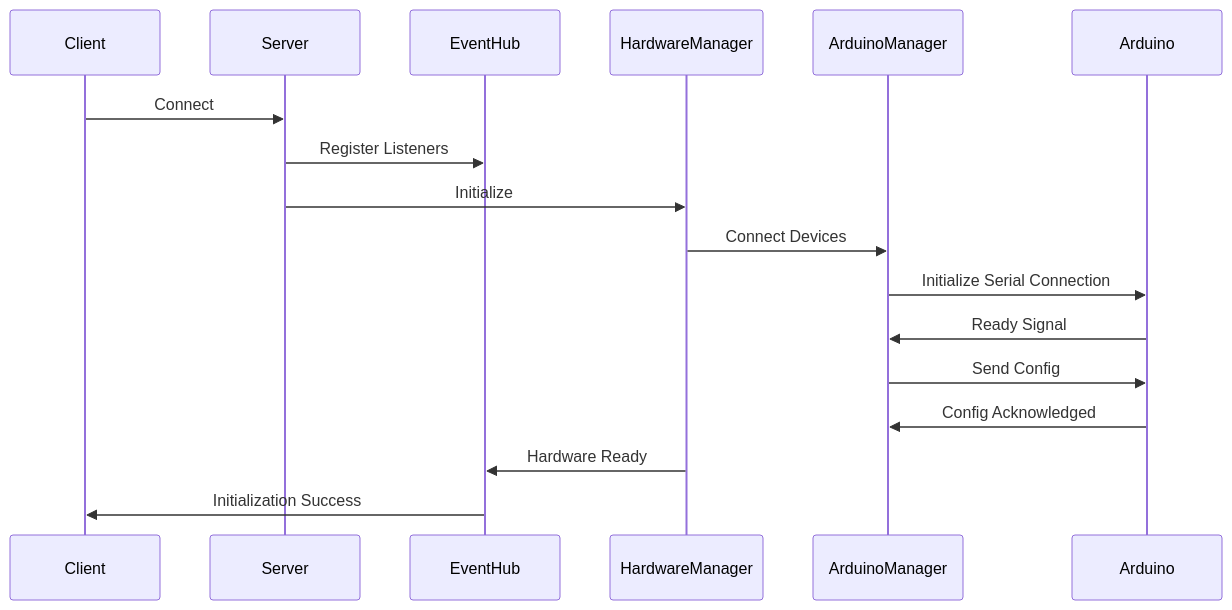
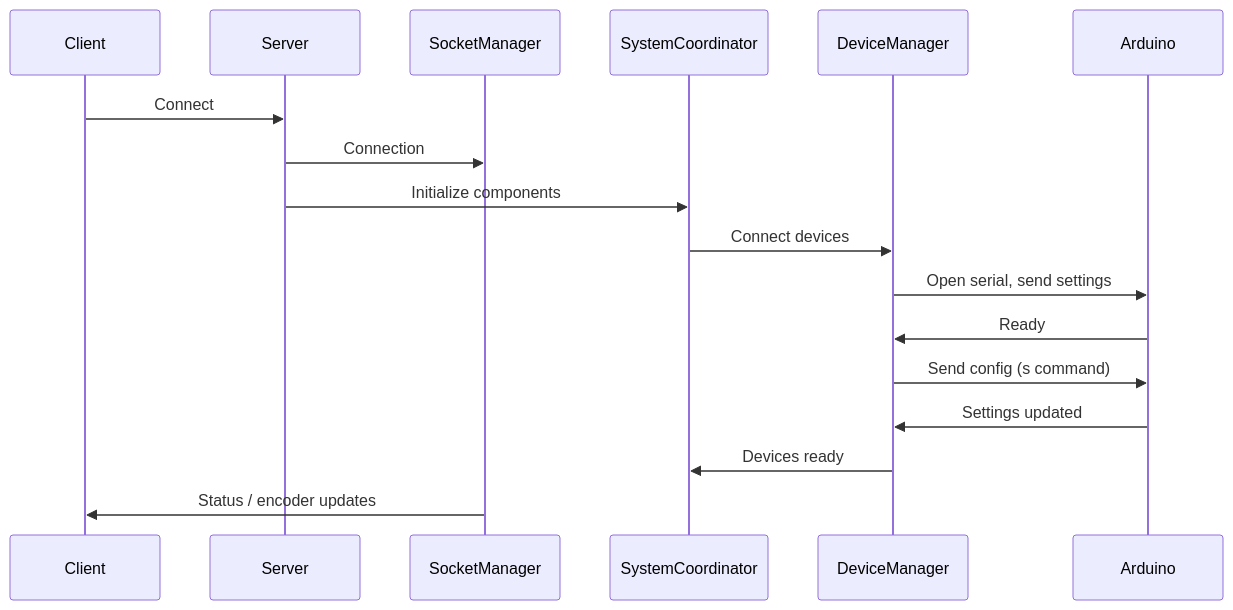
The fourth of 6 diagrams in ARCHITECTURE.md (1benisin/rebrick-sorter), drawn with Mermaid before and after one commit. The commit also changed other lines of this file and 44 other files, not shown here.

````diff
--- a/ARCHITECTURE.md
+++ b/ARCHITECTURE.md
@@ -447,20 +451,20 @@
 ```mermaid
 sequenceDiagram
     participant Client
     participant Server
-    participant EventHub
-    participant HardwareManager
-    participant ArduinoManager
+    participant SocketManager
+    participant SystemCoordinator
+    participant DeviceManager
     participant Arduino
 
     Client->>Server: Connect
-    Server->>EventHub: Register Listeners
-    Server->>HardwareManager: Initialize
-    HardwareManager->>ArduinoManager: Connect Devices
-    ArduinoManager->>Arduino: Initialize Serial Connection
-    Arduino->>ArduinoManager: Ready Signal
-    ArduinoManager->>Arduino: Send Config
-    Arduino->>ArduinoManager: Config Acknowledged
-    HardwareManager->>EventHub: Hardware Ready
-    EventHub->>Client: Initialization Success
+    Server->>SocketManager: Connection
+    Server->>SystemCoordinator: Initialize components
+    SystemCoordinator->>DeviceManager: Connect devices
+    DeviceManager->>Arduino: Open serial, send settings
+    Arduino->>DeviceManager: Ready
+    DeviceManager->>Arduino: Send config (s command)
+    Arduino->>DeviceManager: Settings updated
+    DeviceManager->>SystemCoordinator: Devices ready
+    SocketManager->>Client: Status / encoder updates
 ```
````
